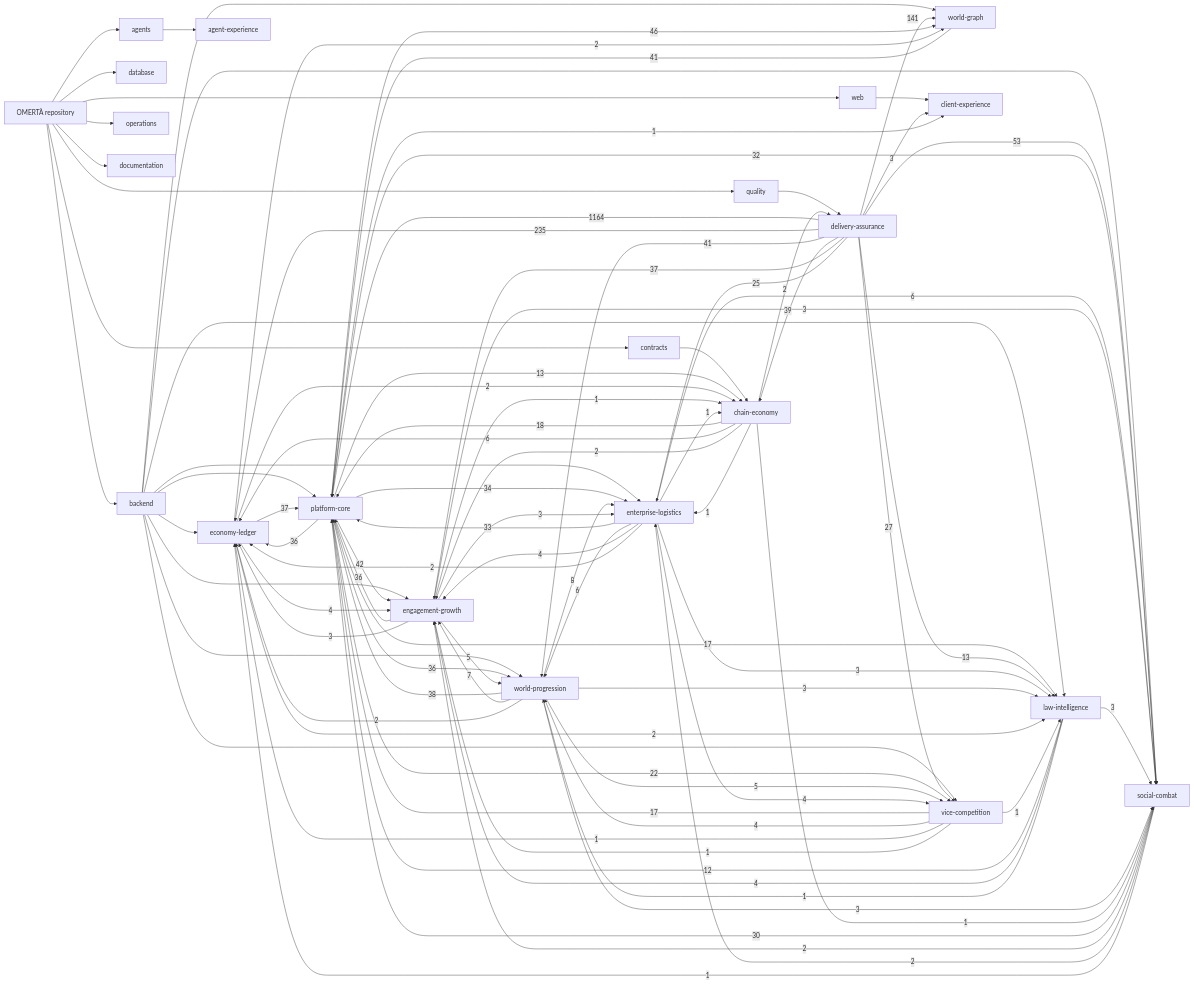
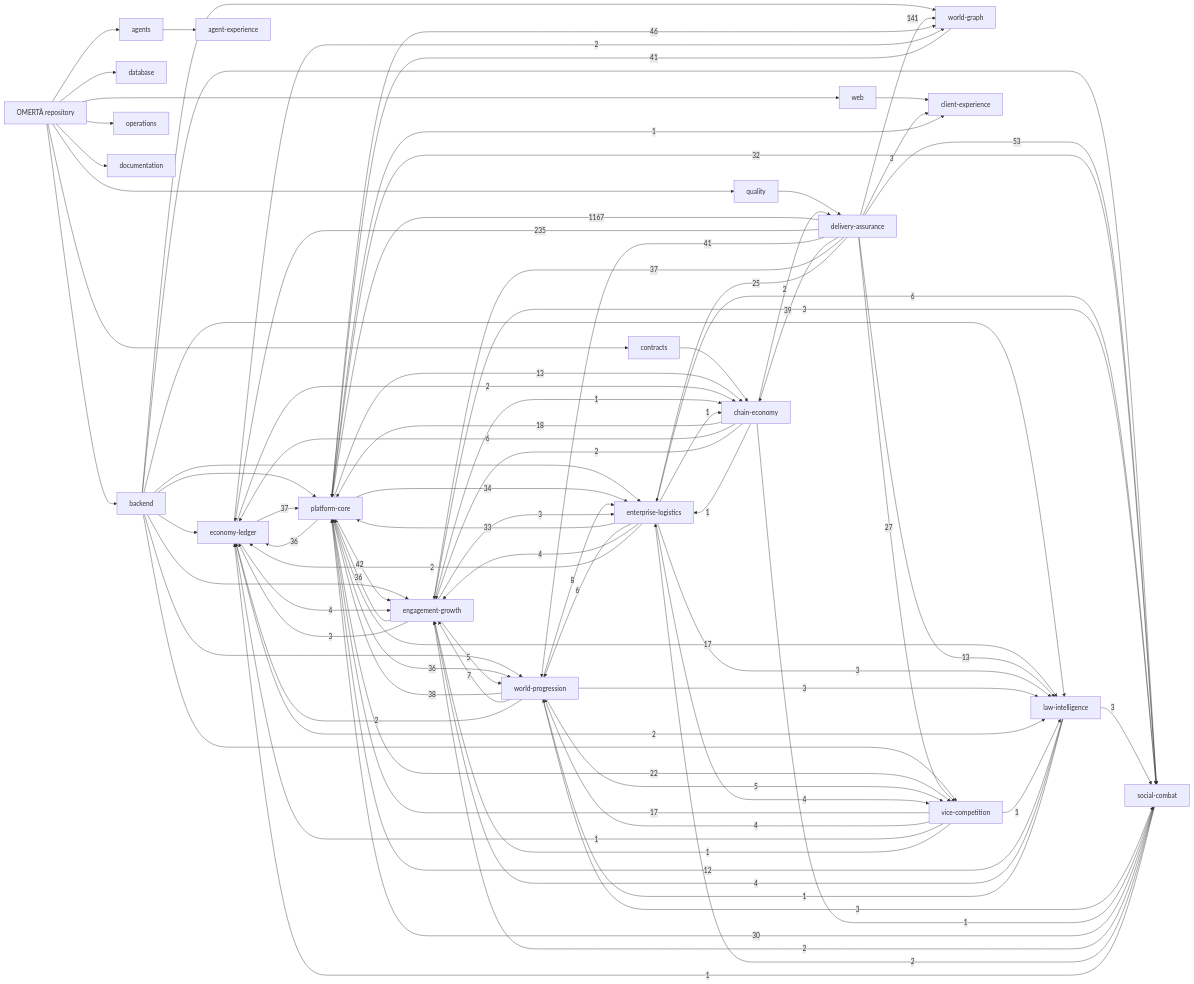
One commit to OmertaDev/Omerta changed the diagram in knowledge/generated/graph.mmd. Above: the diagram before and after it, drawn with Mermaid. The commit also changed 8 other files, not shown here.

```diff
--- a/knowledge/generated/graph.mmd
+++ b/knowledge/generated/graph.mmd
@@ -1,111 +1,111 @@
 flowchart LR
   repo["OMERTÀ repository"]
   sub_backend["backend"]
   repo --> sub_backend
   sub_database["database"]
   repo --> sub_database
   sub_web["web"]
   repo --> sub_web
   sub_contracts["contracts"]
   repo --> sub_contracts
   sub_agents["agents"]
   repo --> sub_agents
   sub_quality["quality"]
   repo --> sub_quality
   sub_operations["operations"]
   repo --> sub_operations
   sub_documentation["documentation"]
   repo --> sub_documentation
   dom_platform-core["platform-core"]
   dom_economy-ledger["economy-ledger"]
   dom_social-combat["social-combat"]
   dom_world-progression["world-progression"]
   dom_world-graph["world-graph"]
   dom_enterprise-logistics["enterprise-logistics"]
   dom_vice-competition["vice-competition"]
   dom_law-intelligence["law-intelligence"]
   dom_chain-economy["chain-economy"]
   dom_engagement-growth["engagement-growth"]
   dom_client-experience["client-experience"]
   dom_agent-experience["agent-experience"]
   dom_delivery-assurance["delivery-assurance"]
   sub_agents --> dom_agent-experience
   sub_backend --> dom_economy-ledger
   sub_backend --> dom_engagement-growth
   sub_backend --> dom_enterprise-logistics
   sub_backend --> dom_law-intelligence
   sub_backend --> dom_platform-core
   sub_backend --> dom_social-combat
   sub_backend --> dom_vice-competition
   sub_backend --> dom_world-graph
   sub_backend --> dom_world-progression
   sub_contracts --> dom_chain-economy
   sub_quality --> dom_delivery-assurance
   sub_web --> dom_client-experience
-  dom_delivery-assurance -->|1164| dom_platform-core
+  dom_delivery-assurance -->|1167| dom_platform-core
   dom_delivery-assurance -->|235| dom_economy-ledger
   dom_delivery-assurance -->|141| dom_world-graph
   dom_delivery-assurance -->|53| dom_social-combat
   dom_platform-core -->|46| dom_world-graph
   dom_platform-core -->|42| dom_engagement-growth
   dom_delivery-assurance -->|41| dom_world-progression
   dom_world-graph -->|41| dom_platform-core
   dom_delivery-assurance -->|39| dom_chain-economy
   dom_world-progression -->|38| dom_platform-core
   dom_delivery-assurance -->|37| dom_engagement-growth
   dom_economy-ledger -->|37| dom_platform-core
   dom_engagement-growth -->|36| dom_platform-core
   dom_platform-core -->|36| dom_economy-ledger
   dom_platform-core -->|36| dom_world-progression
   dom_platform-core -->|34| dom_enterprise-logistics
   dom_enterprise-logistics -->|33| dom_platform-core
   dom_platform-core -->|32| dom_social-combat
   dom_social-combat -->|30| dom_platform-core
   dom_delivery-assurance -->|27| dom_vice-competition
   dom_delivery-assurance -->|25| dom_enterprise-logistics
   dom_platform-core -->|22| dom_vice-competition
   dom_chain-economy -->|18| dom_platform-core
   dom_platform-core -->|17| dom_law-intelligence
   dom_vice-competition -->|17| dom_platform-core
   dom_delivery-assurance -->|13| dom_law-intelligence
   dom_platform-core -->|13| dom_chain-economy
   dom_law-intelligence -->|12| dom_platform-core
   dom_world-progression -->|8| dom_enterprise-logistics
   dom_world-progression -->|7| dom_engagement-growth
   dom_chain-economy -->|6| dom_economy-ledger
   dom_enterprise-logistics -->|6| dom_social-combat
   dom_enterprise-logistics -->|6| dom_world-progression
   dom_engagement-growth -->|5| dom_world-progression
   dom_world-progression -->|5| dom_vice-competition
   dom_economy-ledger -->|4| dom_engagement-growth
   dom_enterprise-logistics -->|4| dom_engagement-growth
   dom_enterprise-logistics -->|4| dom_vice-competition
   dom_law-intelligence -->|4| dom_engagement-growth
   dom_vice-competition -->|4| dom_world-progression
   dom_delivery-assurance -->|3| dom_client-experience
   dom_engagement-growth -->|3| dom_economy-ledger
   dom_engagement-growth -->|3| dom_enterprise-logistics
   dom_engagement-growth -->|3| dom_social-combat
   dom_enterprise-logistics -->|3| dom_law-intelligence
   dom_law-intelligence -->|3| dom_social-combat
   dom_world-progression -->|3| dom_law-intelligence
   dom_world-progression -->|3| dom_social-combat
   dom_chain-economy -->|2| dom_delivery-assurance
   dom_chain-economy -->|2| dom_engagement-growth
   dom_economy-ledger -->|2| dom_chain-economy
   dom_economy-ledger -->|2| dom_law-intelligence
   dom_economy-ledger -->|2| dom_world-graph
   dom_enterprise-logistics -->|2| dom_economy-ledger
   dom_social-combat -->|2| dom_engagement-growth
   dom_social-combat -->|2| dom_enterprise-logistics
   dom_world-progression -->|2| dom_economy-ledger
   dom_chain-economy -->|1| dom_enterprise-logistics
   dom_chain-economy -->|1| dom_social-combat
   dom_engagement-growth -->|1| dom_chain-economy
   dom_enterprise-logistics -->|1| dom_chain-economy
   dom_law-intelligence -->|1| dom_world-progression
   dom_platform-core -->|1| dom_client-experience
   dom_social-combat -->|1| dom_economy-ledger
   dom_vice-competition -->|1| dom_economy-ledger
   dom_vice-competition -->|1| dom_engagement-growth
   dom_vice-competition -->|1| dom_law-intelligence
```
